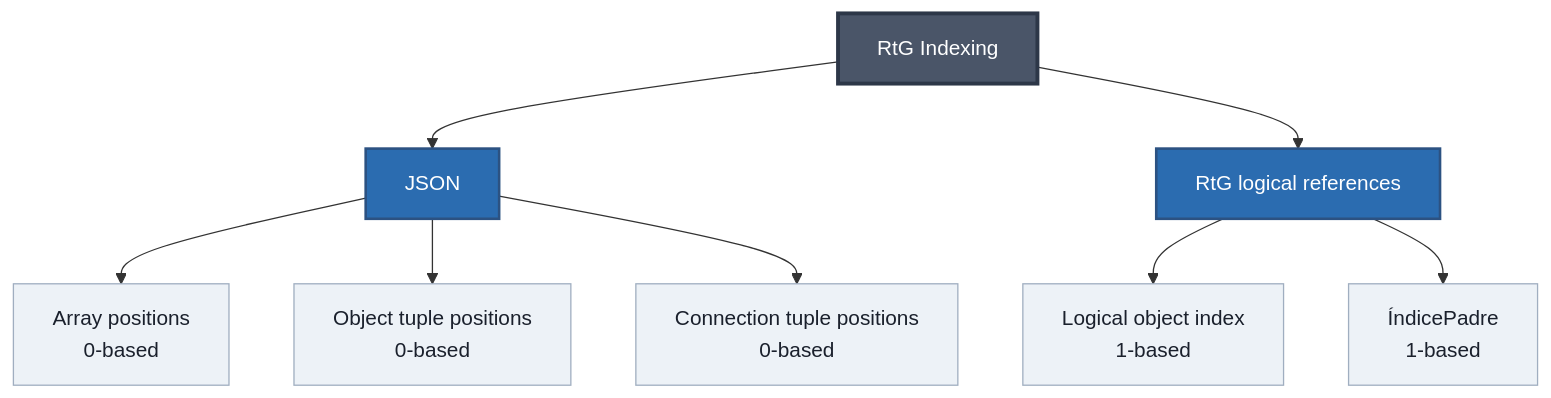
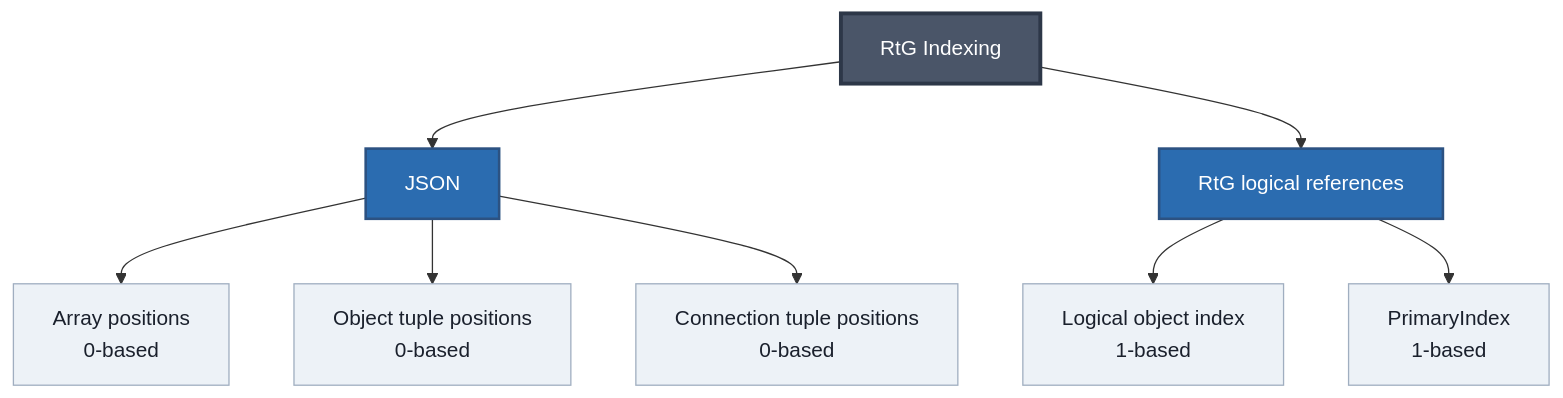
The tenth of 10 diagrams in format/indexing.md (JuanCrakYT/RtG-Format), drawn with Mermaid before and after one commit. The commit also changed other lines of this file and 2 other files, not shown here.

Commit message:
identifiers.md doned and remixing the mermaids

````diff
--- a/format/indexing.md
+++ b/format/indexing.md
@@ -423,21 +493,21 @@
 ```mermaid
 flowchart TD
     TITLE["RtG Indexing"]
 
     TITLE --> JSON["JSON"]
     JSON --> JSON_ARRAY["Array positions<br/>0-based"]
     JSON --> OBJECT_TUPLE["Object tuple positions<br/>0-based"]
     JSON --> CONNECTION_TUPLE["Connection tuple positions<br/>0-based"]
 
     TITLE --> RTG["RtG logical references"]
     RTG --> OBJECT_INDEX["Logical object index<br/>1-based"]
-    RTG --> PARENT_INDEX["ÍndicePadre<br/>1-based"]
+    RTG --> PARENT_INDEX["PrimaryIndex<br/>1-based"]
 
     classDef title fill:#4a5568,color:#fff,stroke:#2d3748,stroke-width:3px;
     classDef category fill:#2b6cb0,color:#fff,stroke:#2c5282,stroke-width:2px;
     classDef info fill:#edf2f7,color:#1a202c,stroke:#a0aec0;
 
     class TITLE title;
     class JSON,RTG category;
     class JSON_ARRAY,OBJECT_TUPLE,CONNECTION_TUPLE,OBJECT_INDEX,PARENT_INDEX info;
 ```
````
